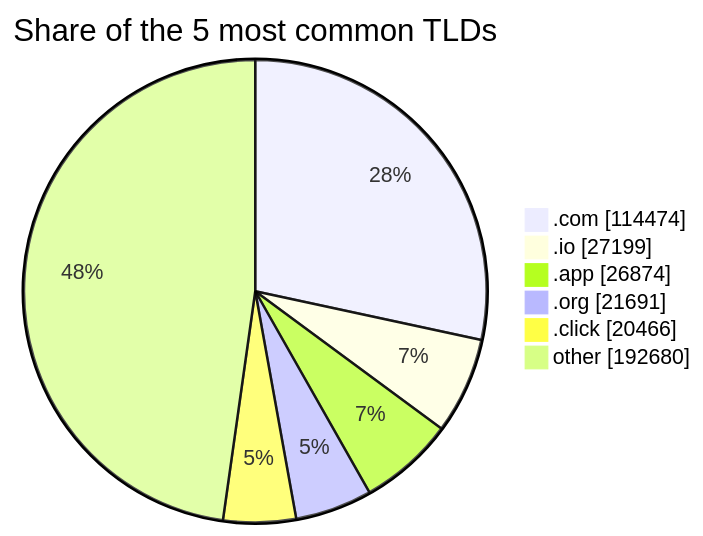
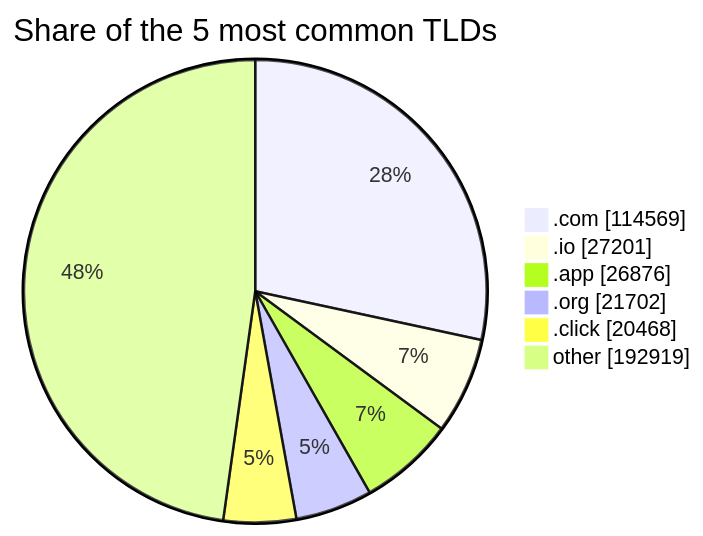
Before and after one commit to DNSBunker/CTI: the third of 3 diagrams in README.md, drawn with Mermaid. The commit also changed other lines of this file and 3 other files, not shown here.

````diff
--- a/README.md
+++ b/README.md
@@ -81,9 +81,9 @@
 ```mermaid
 pie showData title Share of the 5 most common TLDs
-    ".com" : 114474
-    ".io" : 27199
-    ".app" : 26874
-    ".org" : 21691
-    ".click" : 20466
-    "other" : 192680
+    ".com" : 114569
+    ".io" : 27201
+    ".app" : 26876
+    ".org" : 21702
+    ".click" : 20468
+    "other" : 192919
 ```
````
